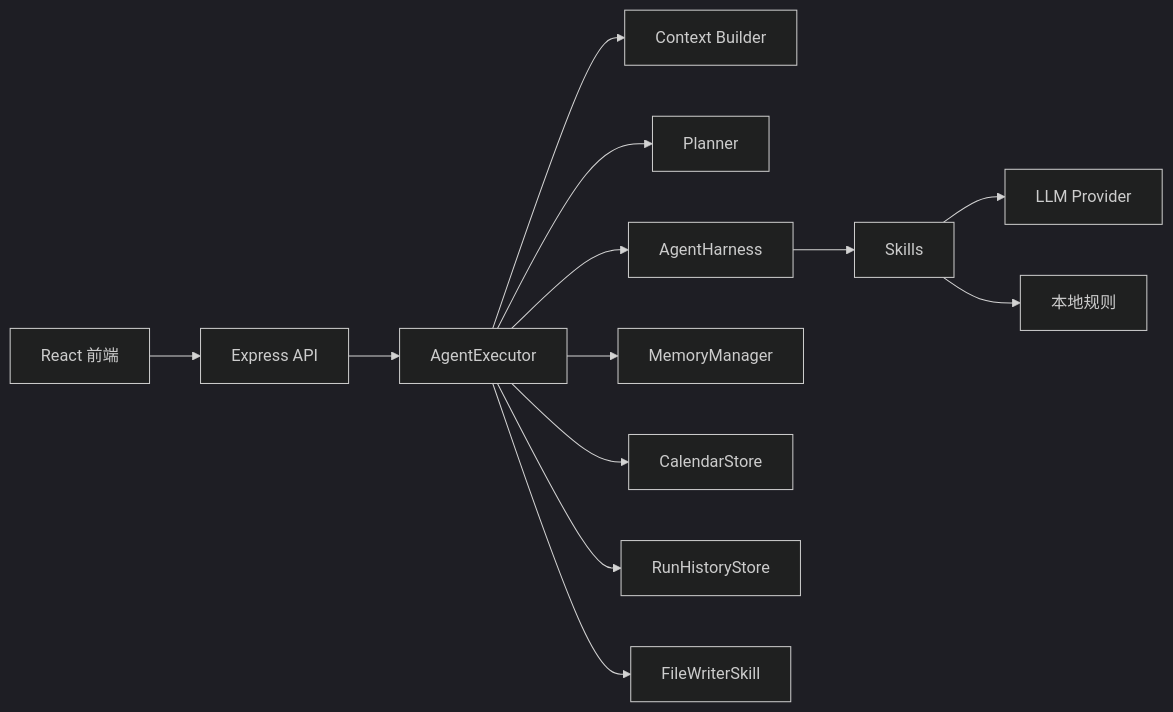
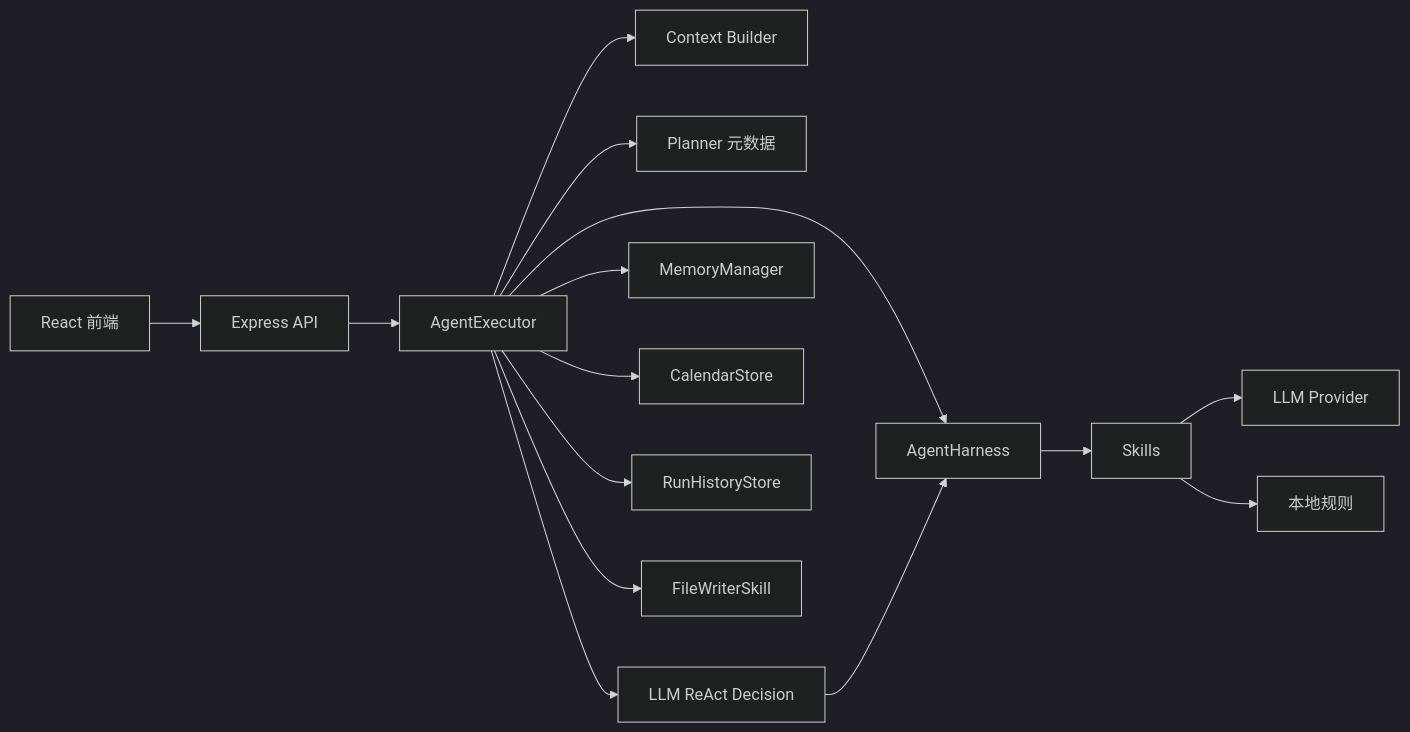
One commit to YinL04/Daily-tasks-Agent-assistant changed the second of 16 diagrams in docs/AGENT_ENGINEERING.md. Above: the diagram before and after it, drawn with Mermaid (dark theme). The commit also changed other lines of this file and 18 other files, not shown here.

````diff
--- a/docs/AGENT_ENGINEERING.md
+++ b/docs/AGENT_ENGINEERING.md
@@ -57,15 +58,17 @@
 ```mermaid
 flowchart LR
   UI["React 前端"] --> API["Express API"]
   API --> Executor["AgentExecutor"]
   Executor --> Context["Context Builder"]
-  Executor --> Planner["Planner"]
+  Executor --> Planner["Planner 元数据"]
   Executor --> Harness["AgentHarness"]
+  Executor --> React["LLM ReAct Decision"]
+  React --> Harness
   Harness --> Skills["Skills"]
   Skills --> LLM["LLM Provider"]
   Skills --> Local["本地规则"]
   Executor --> Memory["MemoryManager"]
   Executor --> Calendar["CalendarStore"]
   Executor --> History["RunHistoryStore"]
   Executor --> Files["FileWriterSkill"]
 ```
````
